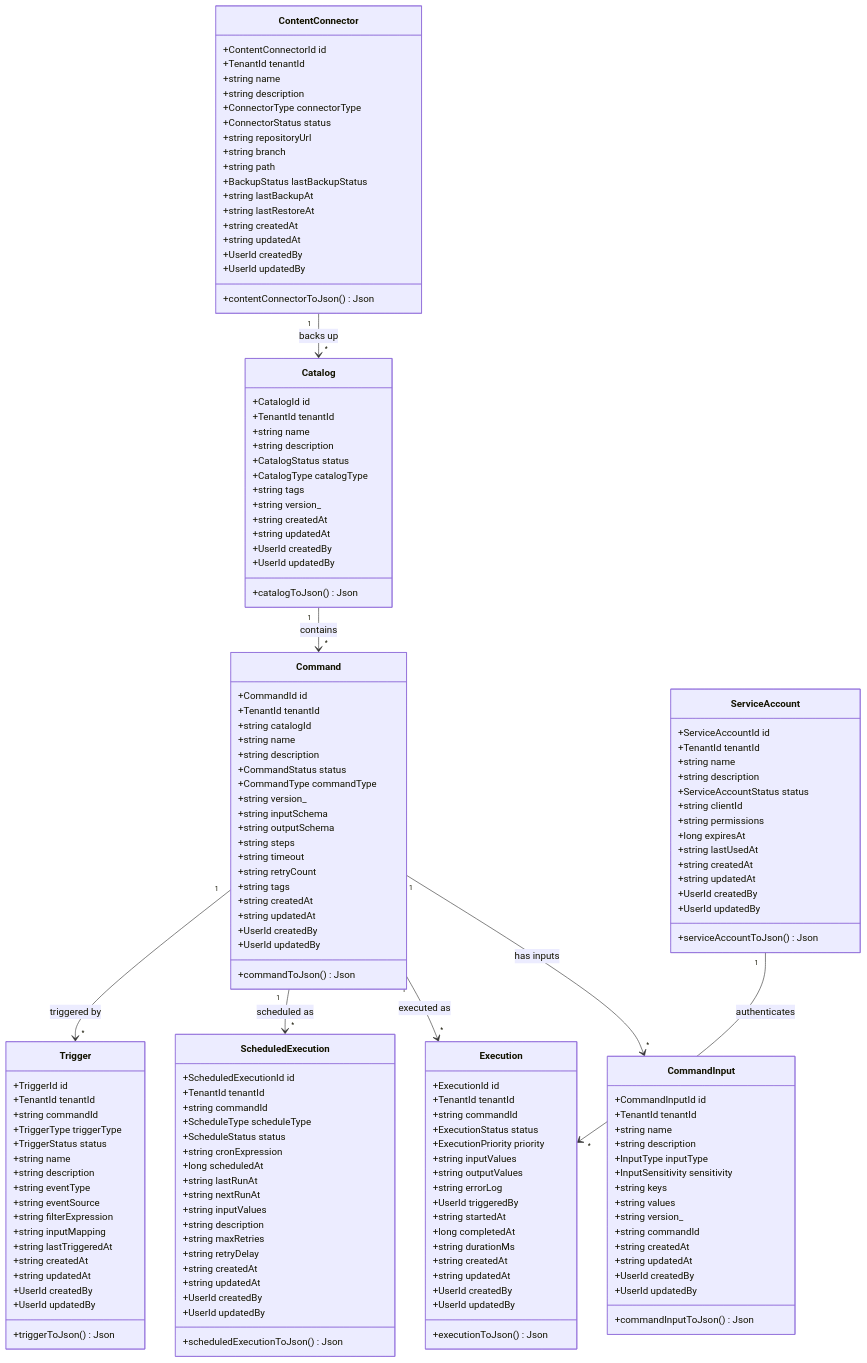
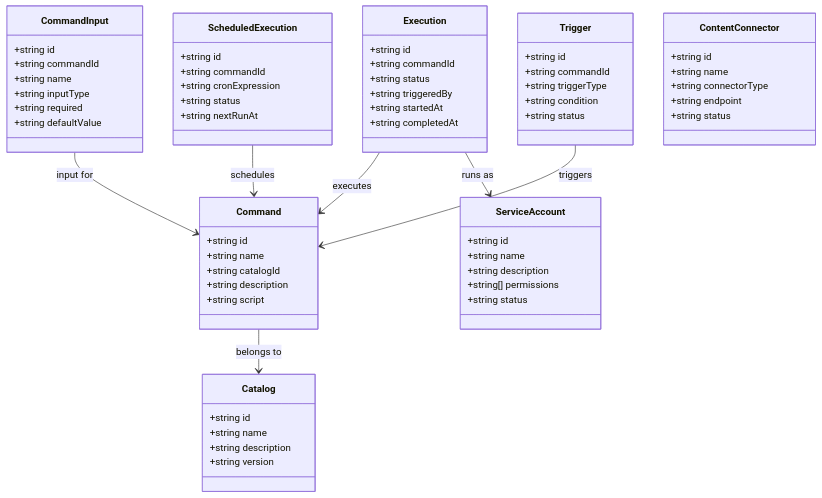
The first of 3 diagrams in automation-pilot/UML.md (UIMSolutions/uim-platform), drawn with Mermaid before and after one commit. The commit also changed other lines of this file and 128 other files, not shown here.

Commit message:
Refactor UML documentation for Task Center and Transport services; streamline class diagrams, sequence diagrams, and component diagrams for clarity and consistency. Update NAFv4 architecture description to enhance structure and readability. Adjust container module imports for better organization.

````diff
--- a/automation-pilot/UML.md
+++ b/automation-pilot/UML.md
@@ -5,164 +5,67 @@
 ```mermaid
 classDiagram
+    class Command {
+        +string id
+        +string name
+        +string catalogId
+        +string description
+        +string script
+    }
+    class CommandInput {
+        +string id
+        +string commandId
+        +string name
+        +string inputType
+        +string required
+        +string defaultValue
+    }
     class Catalog {
-        +CatalogId id
-        +TenantId tenantId
+        +string id
         +string name
         +string description
-        +CatalogStatus status
-        +CatalogType catalogType
-        +string tags
-        +string version_
-        +string createdAt
-        +string updatedAt
-        +UserId createdBy
-        +UserId updatedBy
-        +catalogToJson() Json
+        +string version
+    }
+    class Execution {
+        +string id
+        +string commandId
+        +string status
+        +string triggeredBy
+        +string startedAt
+        +string completedAt
+    }
+    class ScheduledExecution {
+        +string id
+        +string commandId
+        +string cronExpression
+        +string status
+        +string nextRunAt
+    }
+    class Trigger {
+        +string id
+        +string commandId
+        +string triggerType
+        +string condition
+        +string status
+    }
+    class ServiceAccount {
+        +string id
+        +string name
+        +string description
+        +string[] permissions
+        +string status
+    }
+    class ContentConnector {
+        +string id
+        +string name
+        +string connectorType
+        +string endpoint
+        +string status
     }
 
-    class Command {
-        +CommandId id
-        +TenantId tenantId
-        +string catalogId
-        +string name
-        +string description
-        +CommandStatus status
-        +CommandType commandType
-        +string version_
-        +string inputSchema
-        +string outputSchema
-        +string steps
-        +string timeout
-        +string retryCount
-        +string tags
-        +string createdAt
-        +string updatedAt
-        +UserId createdBy
-        +UserId updatedBy
-        +commandToJson() Json
-    }
-
-    class CommandInput {
-        +CommandInputId id
-        +TenantId tenantId
-        +string name
-        +string description
-        +InputType inputType
-        +InputSensitivity sensitivity
-        +string keys
-        +string values
-        +string version_
-        +string commandId
-        +string createdAt
-        +string updatedAt
-        +UserId createdBy
-        +UserId updatedBy
-        +commandInputToJson() Json
-    }
-
-    class Execution {
-        +ExecutionId id
-        +TenantId tenantId
-        +string commandId
-        +ExecutionStatus status
-        +ExecutionPriority priority
-        +string inputValues
-        +string outputValues
-        +string errorLog
-        +UserId triggeredBy
-        +string startedAt
-        +long completedAt
-        +string durationMs
-        +string createdAt
-        +string updatedAt
-        +UserId createdBy
-        +UserId updatedBy
-        +executionToJson() Json
-    }
-
-    class ScheduledExecution {
-        +ScheduledExecutionId id
-        +TenantId tenantId
-        +string commandId
-        +ScheduleType scheduleType
-        +ScheduleStatus status
-        +string cronExpression
-        +long scheduledAt
-        +string lastRunAt
-        +string nextRunAt
-        +string inputValues
-        +string description
-        +string maxRetries
-        +string retryDelay
-        +string createdAt
-        +string updatedAt
-        +UserId createdBy
-        +UserId updatedBy
-        +scheduledExecutionToJson() Json
-    }
-
-    class Trigger {
-        +TriggerId id
-        +TenantId tenantId
-        +string commandId
-        +TriggerType triggerType
-        +TriggerStatus status
-        +string name
-        +string description
-        +string eventType
-        +string eventSource
-        +string filterExpression
-        +string inputMapping
-        +string lastTriggeredAt
-        +string createdAt
-        +string updatedAt
-        +UserId createdBy
-        +UserId updatedBy
-        +triggerToJson() Json
-    }
-
-    class ServiceAccount {
-        +ServiceAccountId id
-        +TenantId tenantId
-        +string name
-        +string description
-        +ServiceAccountStatus status
-        +string clientId
-        +string permissions
-        +long expiresAt
-        +string lastUsedAt
-        +string createdAt
-        +string updatedAt
-        +UserId createdBy
-        +UserId updatedBy
-        +serviceAccountToJson() Json
-    }
-
-    class ContentConnector {
-        +ContentConnectorId id
-        +TenantId tenantId
-        +string name
-        +string description
-        +ConnectorType connectorType
-        +ConnectorStatus status
-        +string repositoryUrl
-        +string branch
-        +string path
-        +BackupStatus lastBackupStatus
-        +string lastBackupAt
-        +string lastRestoreAt
-        +string createdAt
-        +string updatedAt
-        +UserId createdBy
-        +UserId updatedBy
-        +contentConnectorToJson() Json
-    }
-
-    Catalog "1" --> "*" Command : contains
-    Command "1" --> "*" CommandInput : has inputs
-    Command "1" --> "*" Execution : executed as
-    Command "1" --> "*" ScheduledExecution : scheduled as
-    Command "1" --> "*" Trigger : triggered by
-    ServiceAccount "1" --> "*" Execution : authenticates
-    ContentConnector "1" --> "*" Catalog : backs up
+    Command --> Catalog : belongs to
+    CommandInput --> Command : input for
+    Execution --> Command : executes
+    ScheduledExecution --> Command : schedules
+    Trigger --> Command : triggers
+    Execution --> ServiceAccount : runs as
 ```
````
